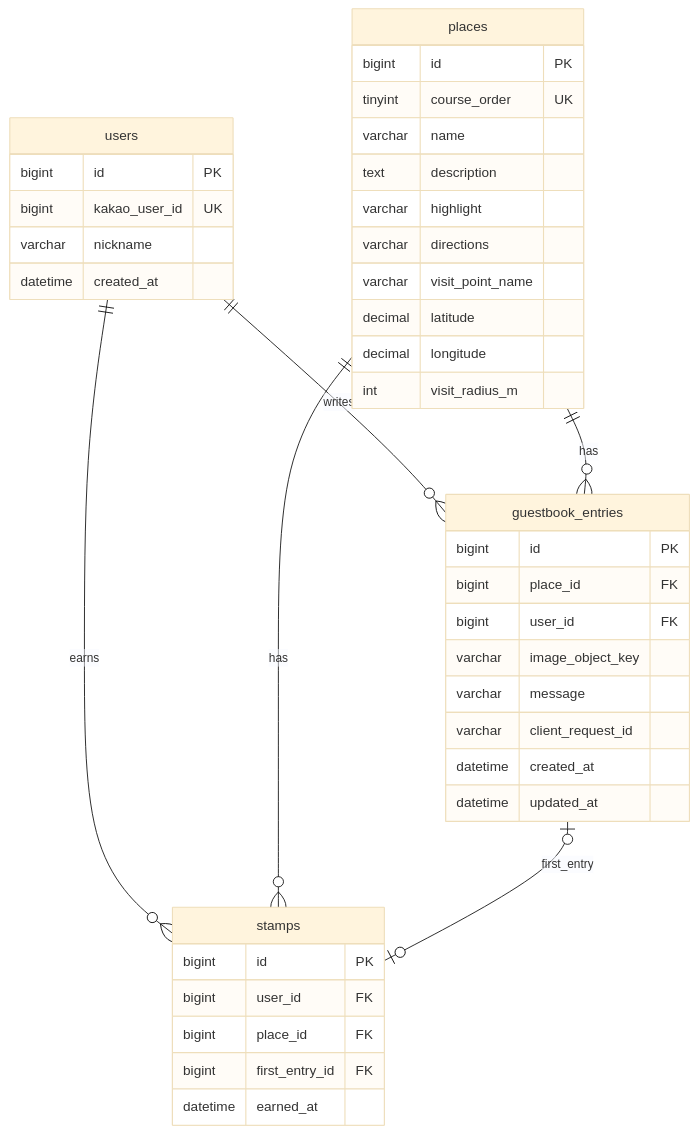
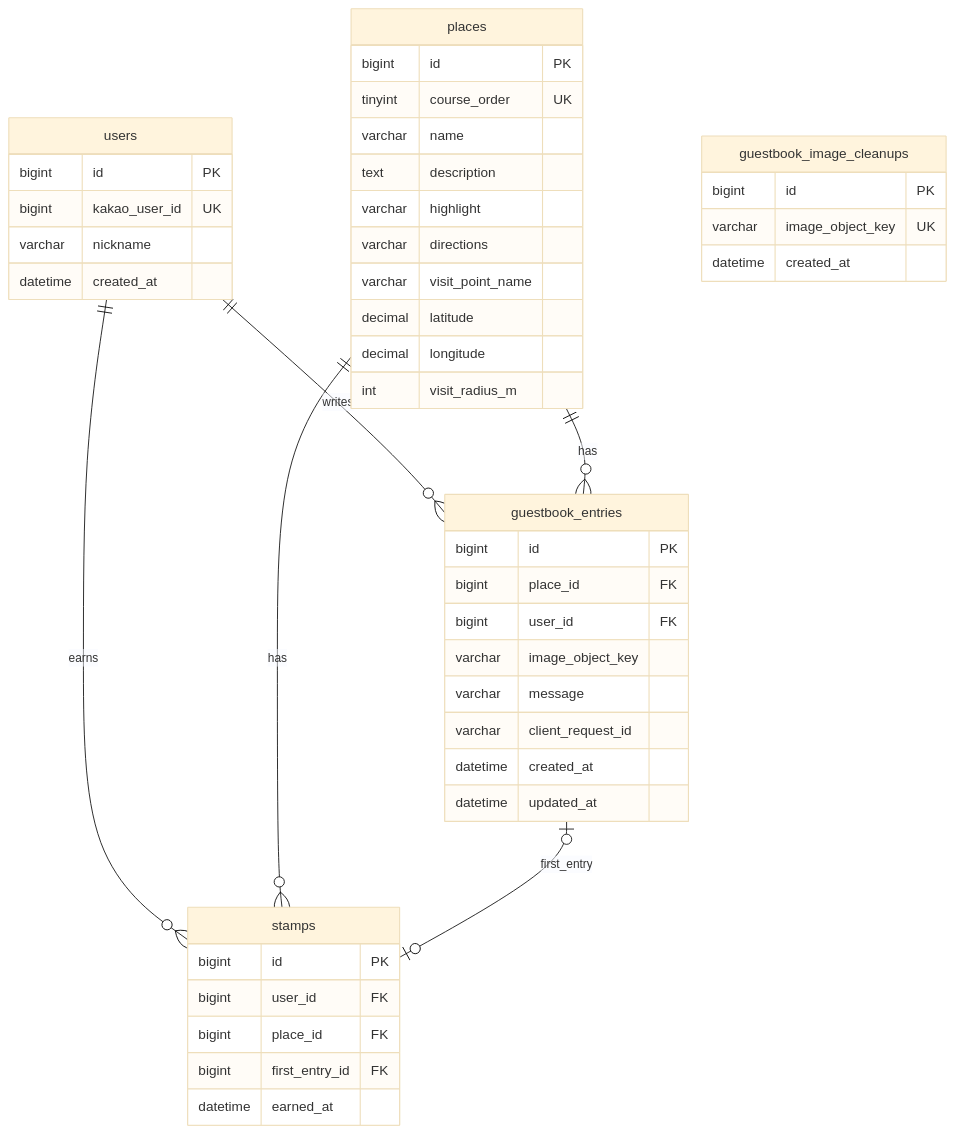
The diagram in docs/erd.md (Wattagam/Wattagam-app), drawn with Mermaid (base theme) before and after one commit. The commit also changed other lines of this file and 3 other files, not shown here.

Commit message:
docs: 방명록 구현 결과를 API 목록·ERD·README에 반영 (#34)

````diff
--- a/docs/erd.md
+++ b/docs/erd.md
@@ -7,44 +7,49 @@
 ```mermaid
 erDiagram
     users ||--o{ guestbook_entries : writes
     users ||--o{ stamps : earns
     places ||--o{ guestbook_entries : has
     places ||--o{ stamps : has
     guestbook_entries |o--o| stamps : "first_entry"
 
     users {
         bigint id PK
         bigint kakao_user_id UK
         varchar nickname
         datetime created_at
     }
     places {
         bigint id PK
         tinyint course_order UK
         varchar name
         text description
         varchar highlight
         varchar directions
         varchar visit_point_name
         decimal latitude
         decimal longitude
         int visit_radius_m
     }
     guestbook_entries {
         bigint id PK
         bigint place_id FK
         bigint user_id FK
         varchar image_object_key
         varchar message
         varchar client_request_id
         datetime created_at
         datetime updated_at
     }
     stamps {
         bigint id PK
         bigint user_id FK
         bigint place_id FK
         bigint first_entry_id FK
         datetime earned_at
     }
+    guestbook_image_cleanups {
+        bigint id PK
+        varchar image_object_key UK
+        datetime created_at
+    }
 ```
````
